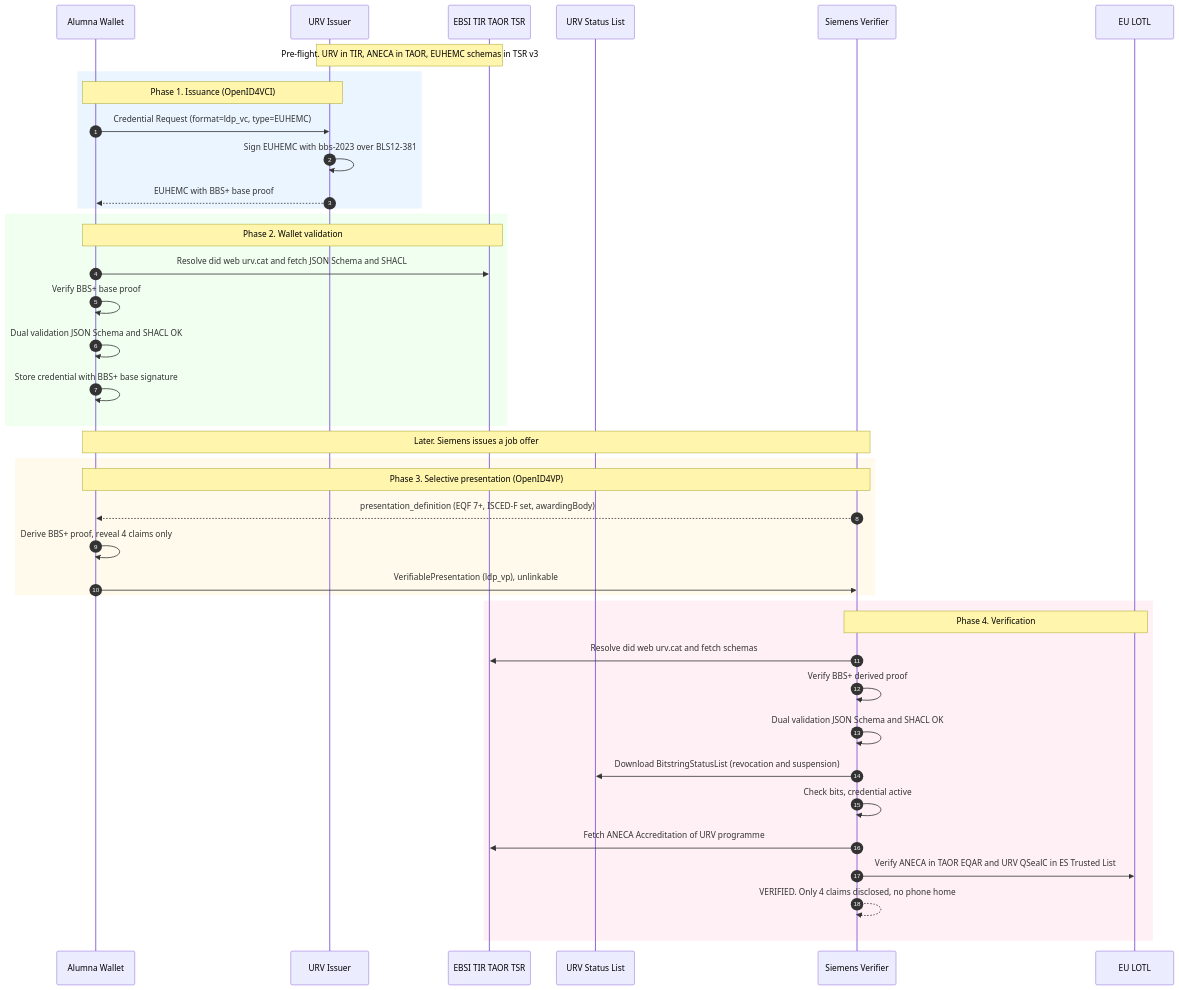
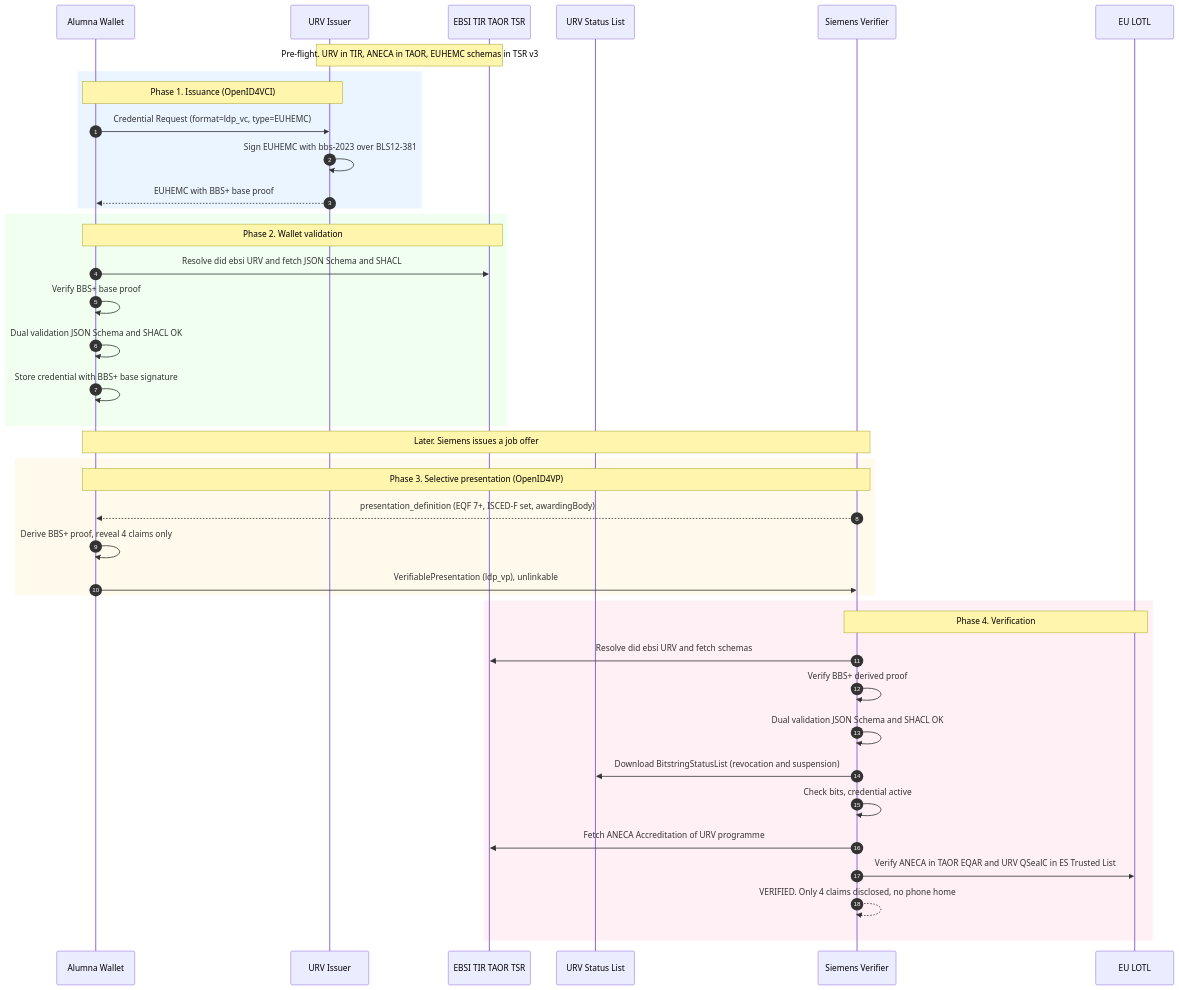
One commit to dc4eu/educational-pilot changed the diagram in sectorial-rulebook/GE/bilateral/walkthrough-es-de.md. Above: the diagram before and after it, drawn with Mermaid. The commit also changed other lines of this file and 2 other files, not shown here.

````diff
--- a/sectorial-rulebook/GE/bilateral/walkthrough-es-de.md
+++ b/sectorial-rulebook/GE/bilateral/walkthrough-es-de.md
@@ -91,48 +91,48 @@
 ```mermaid
 sequenceDiagram
     autonumber
     participant A as Alumna Wallet
     participant U as URV Issuer
     participant T as EBSI TIR TAOR TSR
     participant S as URV Status List
     participant V as Siemens Verifier
     participant L as EU LOTL
 
     Note over U,T: Pre-flight. URV in TIR, ANECA in TAOR, EUHEMC schemas in TSR v3
 
     rect rgb(235, 245, 255)
     Note over A,U: Phase 1. Issuance (OpenID4VCI)
     A->>U: Credential Request (format=ldp_vc, type=EUHEMC)
     U->>U: Sign EUHEMC with bbs-2023 over BLS12-381
     U-->>A: EUHEMC with BBS+ base proof
     end
 
     rect rgb(240, 255, 240)
     Note over A,T: Phase 2. Wallet validation
-    A->>T: Resolve did web urv.cat and fetch JSON Schema and SHACL
+    A->>T: Resolve did ebsi URV and fetch JSON Schema and SHACL
     A->>A: Verify BBS+ base proof
     A->>A: Dual validation JSON Schema and SHACL OK
     A->>A: Store credential with BBS+ base signature
     end
 
     Note over A,V: Later. Siemens issues a job offer
 
     rect rgb(255, 250, 235)
     Note over A,V: Phase 3. Selective presentation (OpenID4VP)
     V-->>A: presentation_definition (EQF 7+, ISCED-F set, awardingBody)
     A->>A: Derive BBS+ proof, reveal 4 claims only
     A->>V: VerifiablePresentation (ldp_vp), unlinkable
     end
 
     rect rgb(255, 240, 245)
     Note over V,L: Phase 4. Verification
-    V->>T: Resolve did web urv.cat and fetch schemas
+    V->>T: Resolve did ebsi URV and fetch schemas
     V->>V: Verify BBS+ derived proof
     V->>V: Dual validation JSON Schema and SHACL OK
     V->>S: Download BitstringStatusList (revocation and suspension)
     V->>V: Check bits, credential active
     V->>T: Fetch ANECA Accreditation of URV programme
     V->>L: Verify ANECA in TAOR EQAR and URV QSealC in ES Trusted List
     V-->>V: VERIFIED. Only 4 claims disclosed, no phone home
     end
 ```
````
